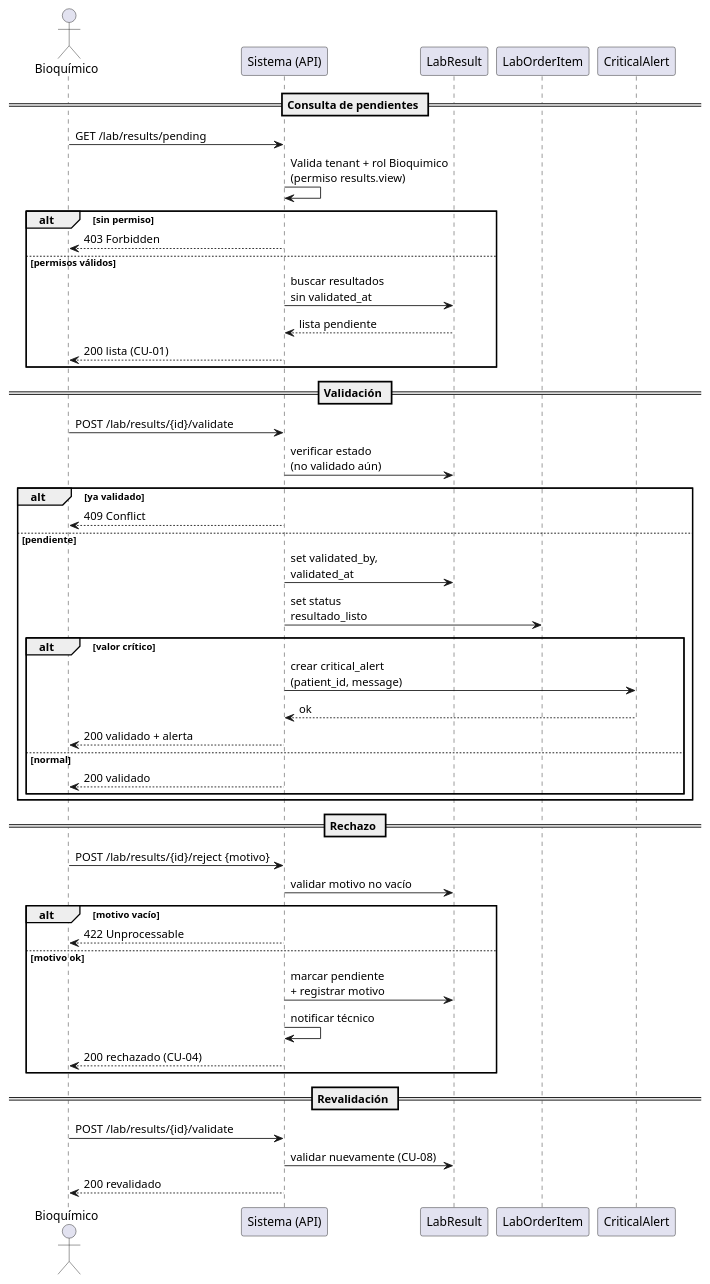
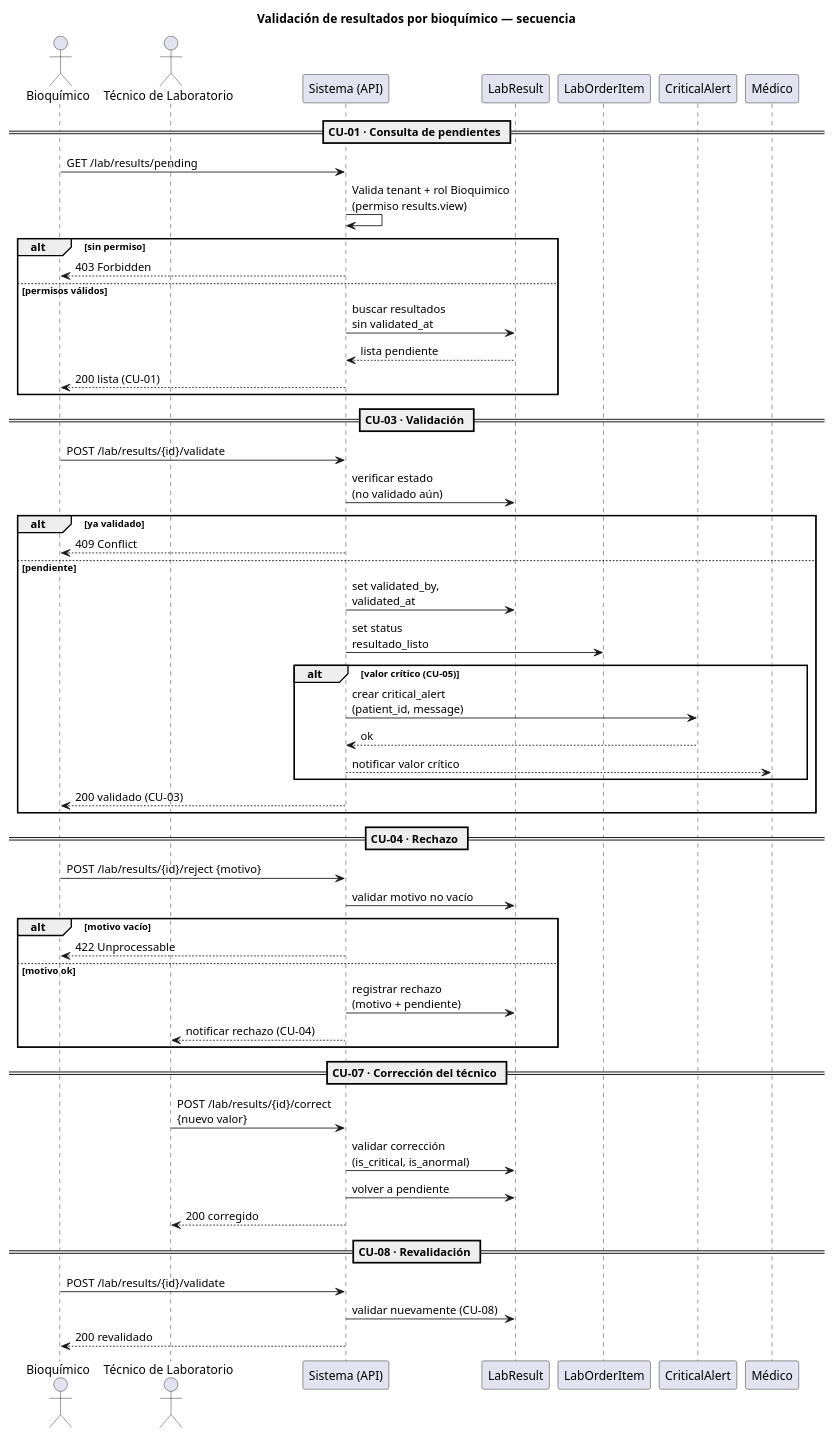
One commit to gioore/asii20-microhis-validacion-bioquimico-tareas changed the diagram in tarea1-uml/secuencia.puml. Above: the diagram before and after it, drawn with PlantUML. The commit also changed 1 other file, not shown here.

Commit message:
tarea1: add technician and correction flow to sequence diagram (review)

```diff
--- a/tarea1-uml/secuencia.puml
+++ b/tarea1-uml/secuencia.puml
@@ -1,51 +1,58 @@
 @startuml
+title Validación de resultados por bioquímico — secuencia
 actor "Bioquímico" as bio
+actor "Técnico de Laboratorio" as tec
 participant "Sistema (API)" as api
 participant "LabResult" as result
 participant "LabOrderItem" as item
 participant "CriticalAlert" as alert
+participant "Médico" as med
 
-== Consulta de pendientes ==
+== CU-01 · Consulta de pendientes ==
 bio -> api : GET /lab/results/pending
 api -> api : Valida tenant + rol Bioquimico\n(permiso results.view)
 alt sin permiso
     api --> bio : 403 Forbidden
 else permisos válidos
     api -> result : buscar resultados\nsin validated_at
     result --> api : lista pendiente
     api --> bio : 200 lista (CU-01)
 end
 
-== Validación ==
+== CU-03 · Validación ==
 bio -> api : POST /lab/results/{id}/validate
 api -> result : verificar estado\n(no validado aún)
 alt ya validado
     api --> bio : 409 Conflict
 else pendiente
     api -> result : set validated_by,\nvalidated_at
     api -> item : set status\nresultado_listo
-    alt valor crítico
+    alt valor crítico (CU-05)
         api -> alert : crear critical_alert\n(patient_id, message)
         alert --> api : ok
-        api --> bio : 200 validado + alerta
-    else normal
-        api --> bio : 200 validado
+        api --> med : notificar valor crítico
     end
+    api --> bio : 200 validado (CU-03)
 end
 
-== Rechazo ==
+== CU-04 · Rechazo ==
 bio -> api : POST /lab/results/{id}/reject {motivo}
 api -> result : validar motivo no vacío
 alt motivo vacío
     api --> bio : 422 Unprocessable
 else motivo ok
-    api -> result : marcar pendiente\n+ registrar motivo
-    api -> api : notificar técnico
-    api --> bio : 200 rechazado (CU-04)
+    api -> result : registrar rechazo\n(motivo + pendiente)
+    api --> tec : notificar rechazo (CU-04)
 end
 
-== Revalidación ==
+== CU-07 · Corrección del técnico ==
+tec -> api : POST /lab/results/{id}/correct\n{nuevo valor}
+api -> result : validar corrección\n(is_critical, is_anormal)
+api -> result : volver a pendiente
+api --> tec : 200 corregido
+
+== CU-08 · Revalidación ==
 bio -> api : POST /lab/results/{id}/validate
 api -> result : validar nuevamente (CU-08)
 api --> bio : 200 revalidado
 @enduml
```
